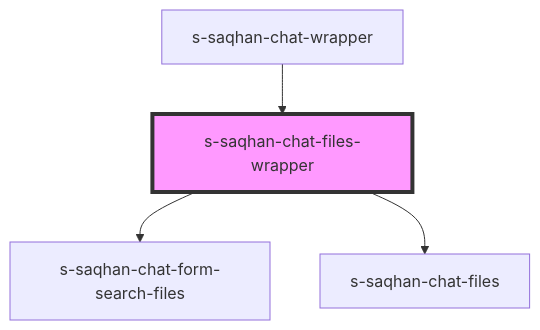
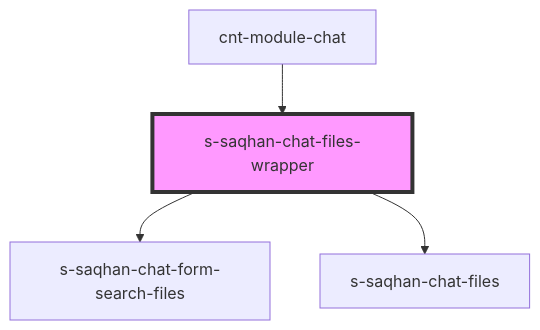
One commit to saqhan/stencil-chat changed the diagram in src/components/module/module-chat/res/view/cnt-module-chat/sub/view/s-saqhan-chat-files-wrapper/readme.md. Above: the diagram before and after it, drawn with Mermaid. The commit also changed other lines of this file and 26 other files, not shown here.

````diff
--- a/src/components/module/module-chat/res/view/cnt-module-chat/sub/view/s-saqhan-chat-files-wrapper/readme.md
+++ b/src/components/module/module-chat/res/view/cnt-module-chat/sub/view/s-saqhan-chat-files-wrapper/readme.md
@@ -27,7 +27,7 @@
 ```mermaid
 graph TD;
   s-saqhan-chat-files-wrapper --> s-saqhan-chat-form-search-files
   s-saqhan-chat-files-wrapper --> s-saqhan-chat-files
-  s-saqhan-chat-wrapper --> s-saqhan-chat-files-wrapper
+  cnt-module-chat --> s-saqhan-chat-files-wrapper
   style s-saqhan-chat-files-wrapper fill:#f9f,stroke:#333,stroke-width:4px
 ```
````
